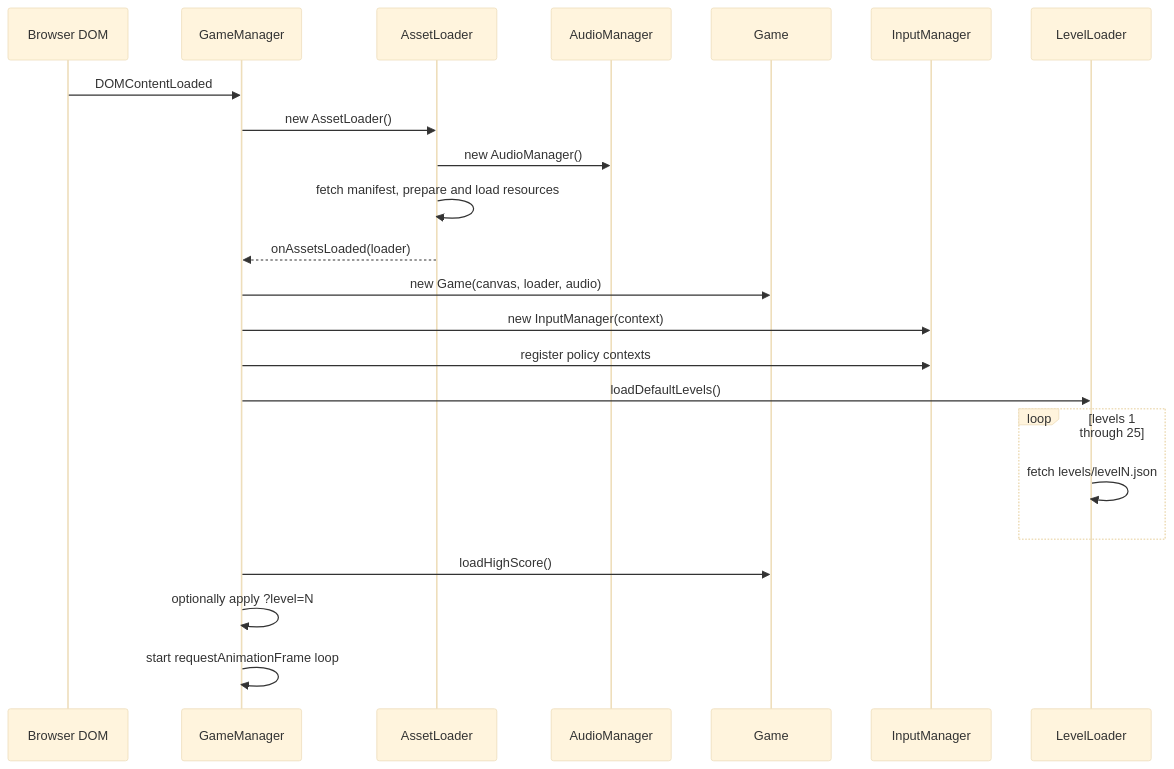
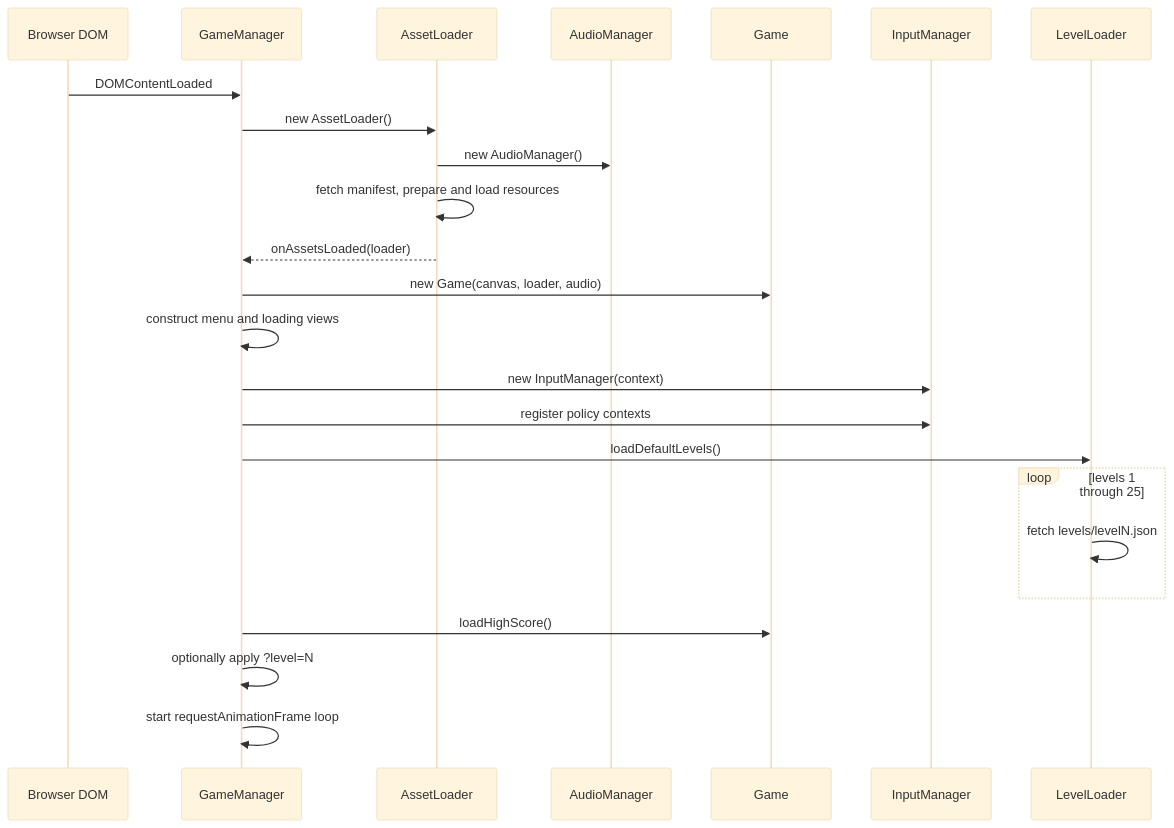
The fourth of 15 diagrams in ARCHITECTURE.md (Newah1/SpacedPenguin), drawn with Mermaid (base theme) before and after one commit. The commit also changed other lines of this file and 34 other files, not shown here.

````diff
--- a/ARCHITECTURE.md
+++ b/ARCHITECTURE.md
@@ -164,26 +183,27 @@
 ```mermaid
 sequenceDiagram
     participant DOM as Browser DOM
     participant GM as GameManager
     participant AL as AssetLoader
     participant AM as AudioManager
     participant G as Game
     participant IA as InputManager
     participant LL as LevelLoader
 
     DOM->>GM: DOMContentLoaded
     GM->>AL: new AssetLoader()
     AL->>AM: new AudioManager()
     AL->>AL: fetch manifest, prepare and load resources
     AL-->>GM: onAssetsLoaded(loader)
     GM->>G: new Game(canvas, loader, audio)
+    GM->>GM: construct menu and loading views
     GM->>IA: new InputManager(context)
     GM->>IA: register policy contexts
     GM->>LL: loadDefaultLevels()
     loop levels 1 through 25
         LL->>LL: fetch levels/levelN.json
     end
     GM->>G: loadHighScore()
     GM->>GM: optionally apply ?level=N
     GM->>GM: start requestAnimationFrame loop
 ```
````
